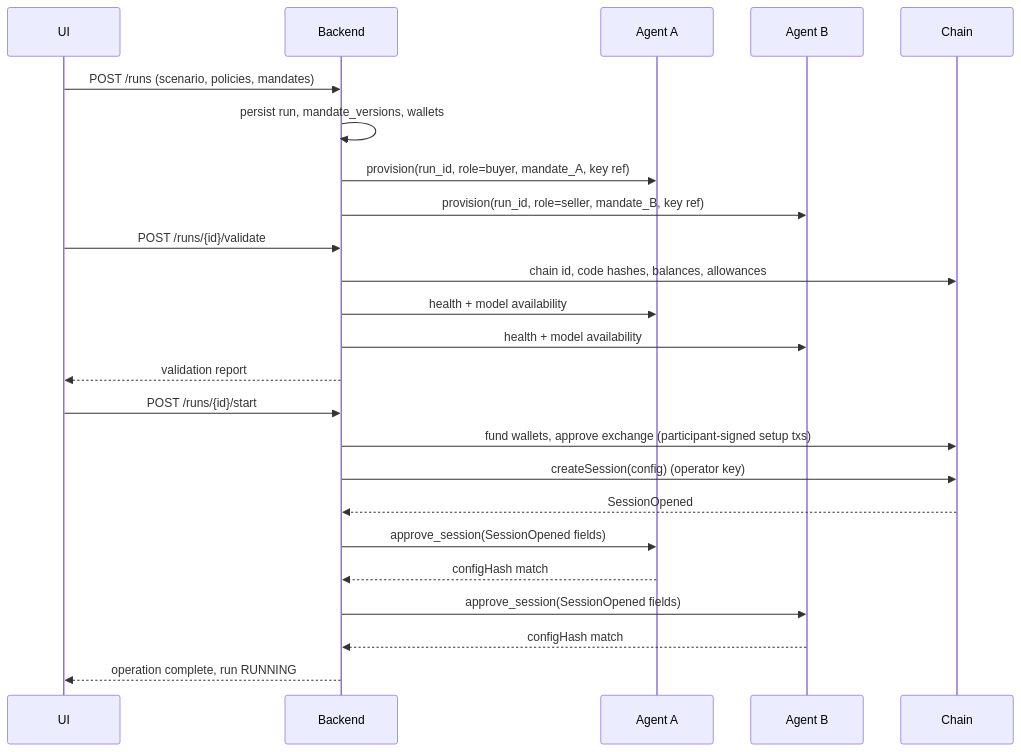
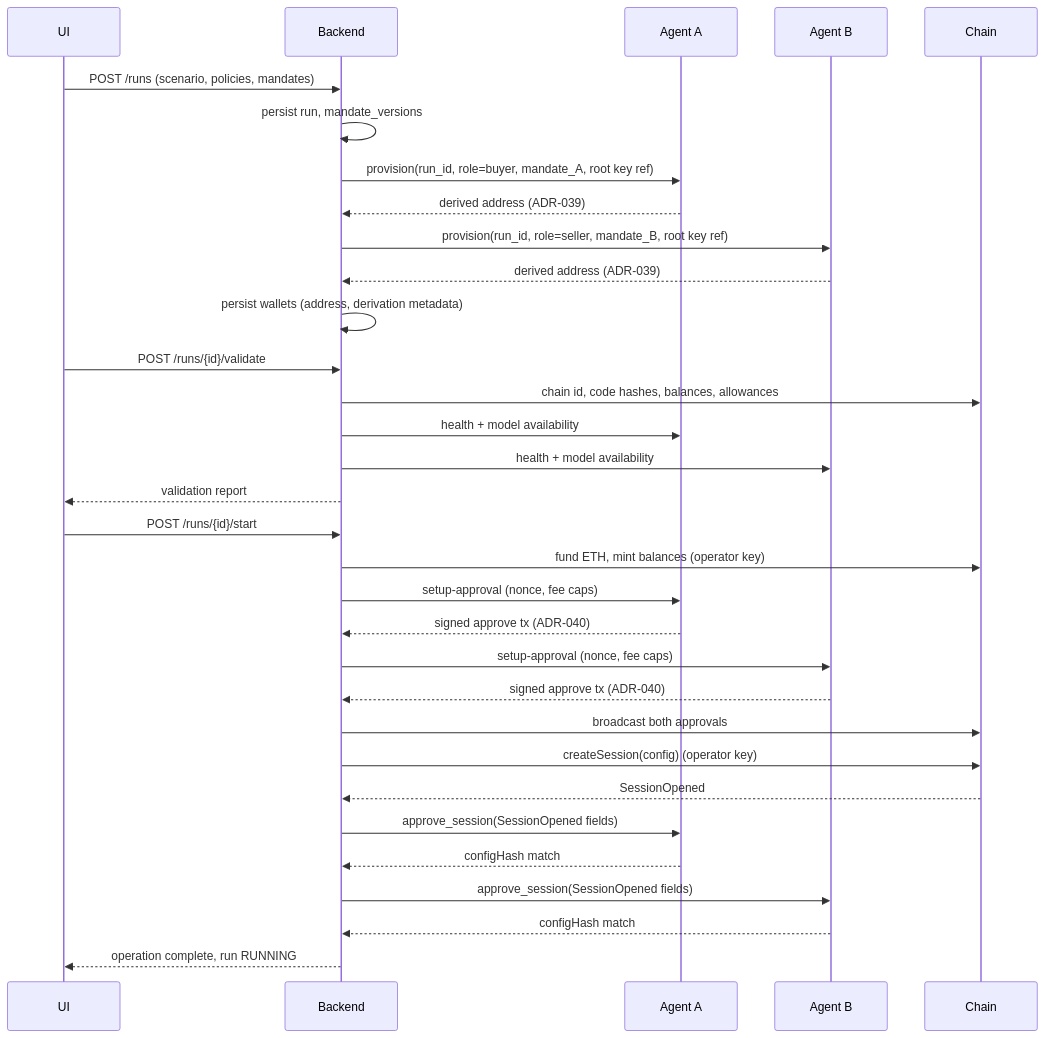
Before and after one commit to Jason-Dorman/agentic_negotiators_sbx: the fourth of 8 diagrams in docs/architecture.md, drawn with Mermaid. The commit also changed other lines of this file and 64 other files, not shown here.

````diff
--- a/docs/architecture.md
+++ b/docs/architecture.md
@@ -192,26 +192,34 @@
 ```mermaid
 sequenceDiagram
     participant UI
     participant API as Backend
     participant AA as Agent A
     participant AB as Agent B
     participant CH as Chain
     UI->>API: POST /runs (scenario, policies, mandates)
-    API->>API: persist run, mandate_versions, wallets
-    API->>AA: provision(run_id, role=buyer, mandate_A, key ref)
-    API->>AB: provision(run_id, role=seller, mandate_B, key ref)
+    API->>API: persist run, mandate_versions
+    API->>AA: provision(run_id, role=buyer, mandate_A, root key ref)
+    AA-->>API: derived address (ADR-039)
+    API->>AB: provision(run_id, role=seller, mandate_B, root key ref)
+    AB-->>API: derived address (ADR-039)
+    API->>API: persist wallets (address, derivation metadata)
     UI->>API: POST /runs/{id}/validate
     API->>CH: chain id, code hashes, balances, allowances
     API->>AA: health + model availability
     API->>AB: health + model availability
     API-->>UI: validation report
     UI->>API: POST /runs/{id}/start
-    API->>CH: fund wallets, approve exchange (participant-signed setup txs)
+    API->>CH: fund ETH, mint balances (operator key)
+    API->>AA: setup-approval (nonce, fee caps)
+    AA-->>API: signed approve tx (ADR-040)
+    API->>AB: setup-approval (nonce, fee caps)
+    AB-->>API: signed approve tx (ADR-040)
+    API->>CH: broadcast both approvals
     API->>CH: createSession(config) (operator key)
     CH-->>API: SessionOpened
     API->>AA: approve_session(SessionOpened fields)
     AA-->>API: configHash match
     API->>AB: approve_session(SessionOpened fields)
     AB-->>API: configHash match
     API-->>UI: operation complete, run RUNNING
 ```
````
